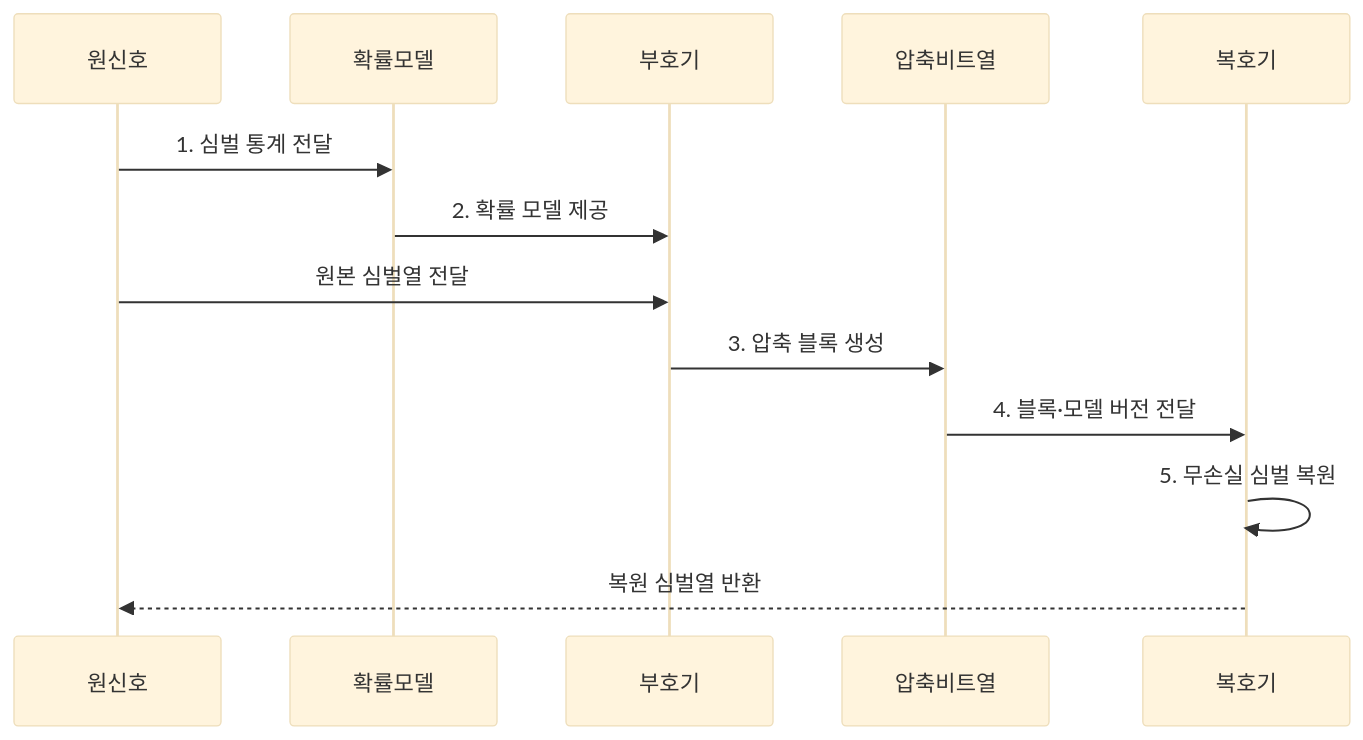
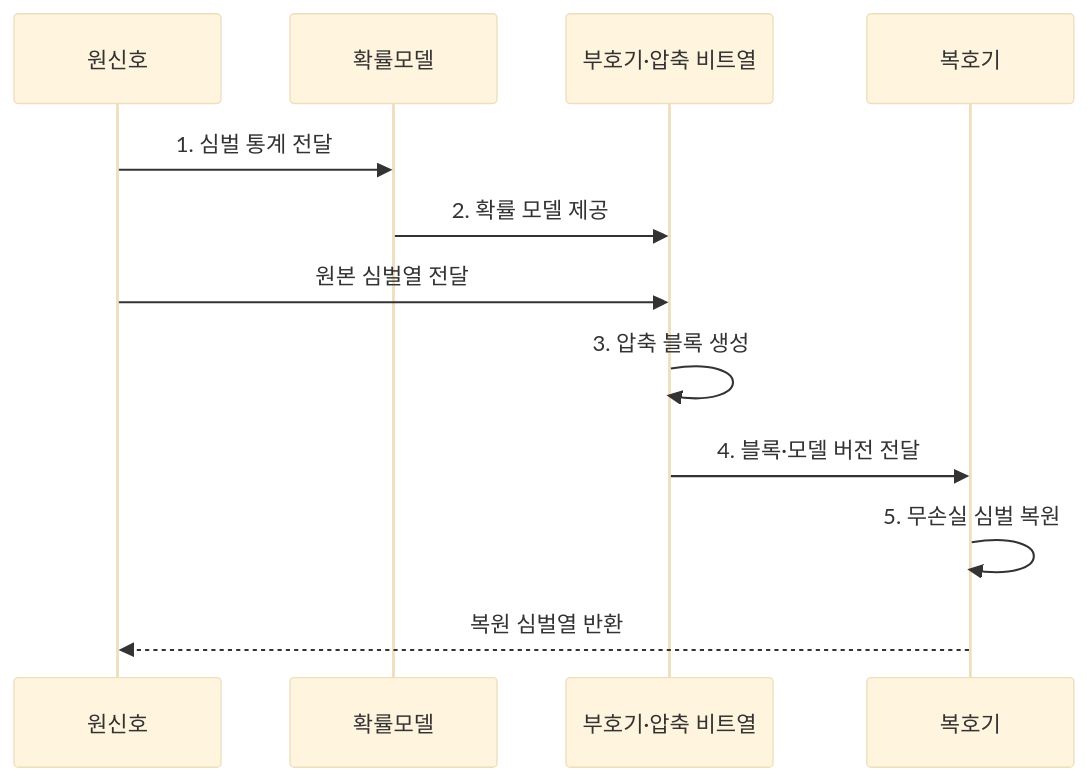
The second of 2 diagrams in src/content/docs/notes/04-network/064_source_coding.md (agnusdei1207/knowledge-base), drawn with Mermaid (base theme) before and after one commit. The commit also changed 3 other files, not shown here.

Commit message:
Remove nonactor network flow roles

````diff
--- a/src/content/docs/notes/04-network/064_source_coding.md
+++ b/src/content/docs/notes/04-network/064_source_coding.md
@@ -97,15 +97,14 @@
 ```mermaid
 sequenceDiagram
     participant 원신호
     participant 확률모델
-    participant 부호기
-    participant 압축비트열
+    participant 부호기 as 부호기·압축 비트열
     participant 복호기
     원신호->>확률모델: 1. 심벌 통계 전달
     확률모델->>부호기: 2. 확률 모델 제공
     원신호->>부호기: 원본 심벌열 전달
-    부호기->>압축비트열: 3. 압축 블록 생성
-    압축비트열->>복호기: 4. 블록·모델 버전 전달
+    부호기->>부호기: 3. 압축 블록 생성
+    부호기->>복호기: 4. 블록·모델 버전 전달
     복호기->>복호기: 5. 무손실 심벌 복원
     복호기-->>원신호: 복원 심벌열 반환
 ```
````
